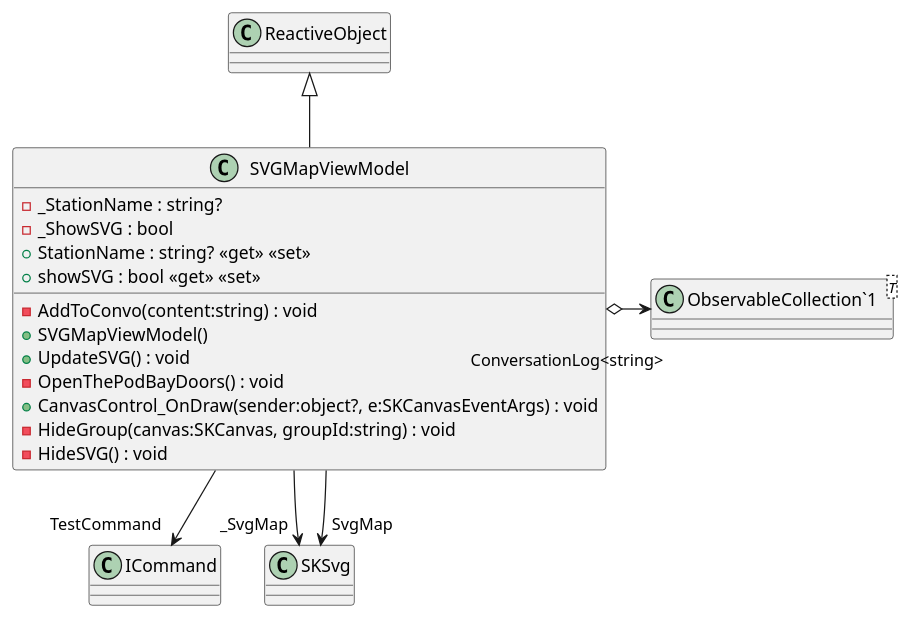
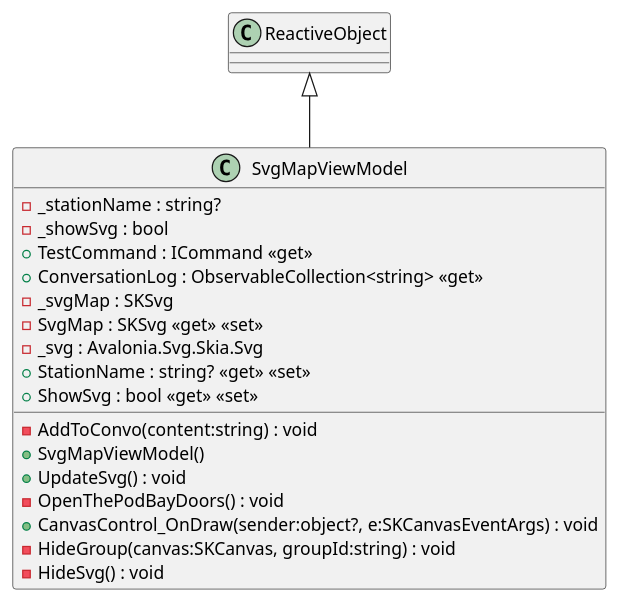
One commit to Liftyee/london-tube-navigator changed the diagram in TubeChallengeRouter/puml/MapSolverGUI/ViewModels/SVGMapViewModel.puml. Above: the diagram before and after it, drawn with PlantUML. The commit also changed 26 other files, not shown here.

```diff
--- a/TubeChallengeRouter/puml/MapSolverGUI/ViewModels/SVGMapViewModel.puml
+++ b/TubeChallengeRouter/puml/MapSolverGUI/ViewModels/SVGMapViewModel.puml
@@ -1,22 +1,21 @@
 @startuml
-class SVGMapViewModel {
-    - _StationName : string?
-    - _ShowSVG : bool
+class SvgMapViewModel {
+    - _stationName : string?
+    - _showSvg : bool
+    + TestCommand : ICommand <<get>>
+    + ConversationLog : ObservableCollection<string> <<get>>
+    - _svgMap : SKSvg
+    - SvgMap : SKSvg <<get>> <<set>>
+    - _svg : Avalonia.Svg.Skia.Svg
     - AddToConvo(content:string) : void
-    + SVGMapViewModel()
+    + SvgMapViewModel()
     + StationName : string? <<get>> <<set>>
-    + showSVG : bool <<get>> <<set>>
-    + UpdateSVG() : void
+    + ShowSvg : bool <<get>> <<set>>
+    + UpdateSvg() : void
     - OpenThePodBayDoors() : void
     + CanvasControl_OnDraw(sender:object?, e:SKCanvasEventArgs) : void
     - HideGroup(canvas:SKCanvas, groupId:string) : void
-    - HideSVG() : void
+    - HideSvg() : void
 }
-class "ObservableCollection`1"<T> {
-}
-ReactiveObject <|-- SVGMapViewModel
-SVGMapViewModel --> "TestCommand" ICommand
-SVGMapViewModel o-> "ConversationLog<string>" "ObservableCollection`1"
-SVGMapViewModel --> "_SvgMap" SKSvg
-SVGMapViewModel --> "SvgMap" SKSvg
+ReactiveObject <|-- SvgMapViewModel
 @enduml
```
